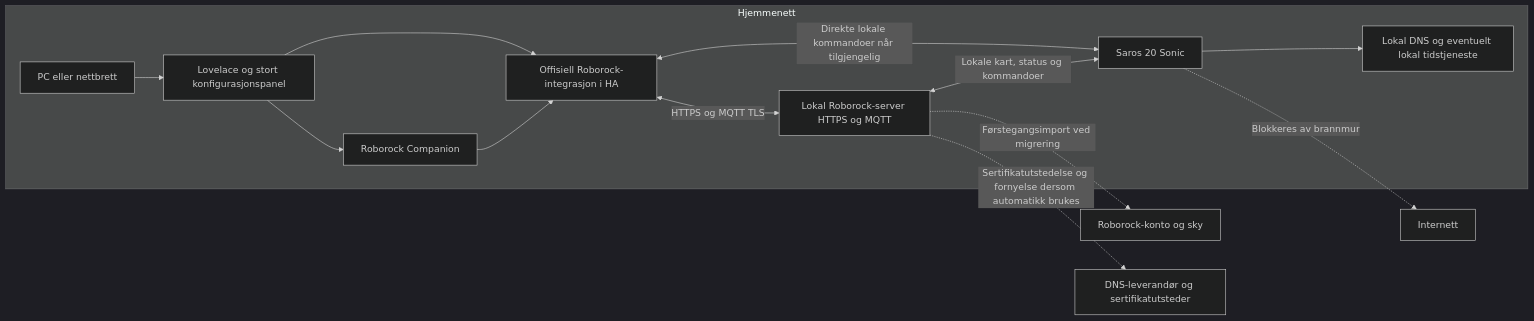
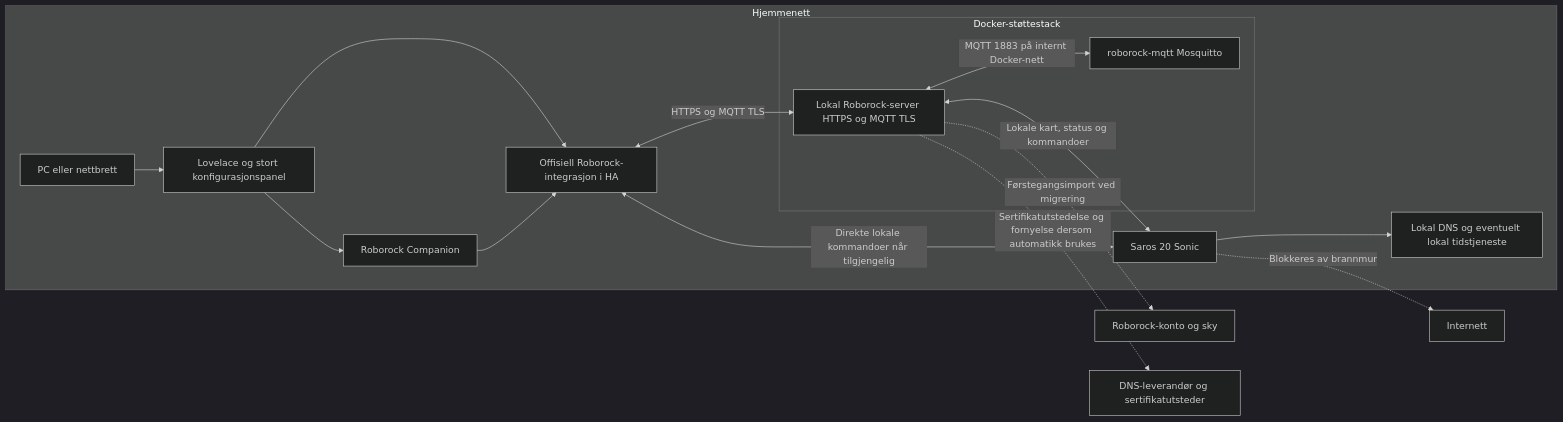
The diagram in docs/roborock-local-setup.nb.md (mvheimburg/hacs-components), drawn with Mermaid (dark theme) before and after one commit. The commit also changed other lines of this file and 6 other files, not shown here.

First line of the commit message:
feat: publish dedicated Roborock MQTT broker deployment

````diff
--- a/docs/roborock-local-setup.nb.md
+++ b/docs/roborock-local-setup.nb.md
@@ -26,23 +26,27 @@
 ```mermaid
 flowchart LR
   subgraph LAN[Hjemmenett]
     PC[PC eller nettbrett]
     UI[Lovelace og stort konfigurasjonspanel]
     C[Roborock Companion]
     HA[Offisiell Roborock-integrasjon i HA]
-    S[Lokal Roborock-server HTTPS og MQTT]
+    subgraph STACK[Docker-støttestack]
+      S[Lokal Roborock-server HTTPS og MQTT TLS]
+      M[roborock-mqtt Mosquitto]
+      S <-->|MQTT 1883 på internt Docker-nett| M
+    end
     R[Saros 20 Sonic]
     DNS[Lokal DNS og eventuelt lokal tidstjeneste]
     PC --> UI
     UI --> HA
     UI --> C
     C --> HA
     HA <-->|HTTPS og MQTT TLS| S
     HA <-->|Direkte lokale kommandoer når tilgjengelig| R
     S <-->|Lokale kart, status og kommandoer| R
     R --> DNS
   end
   S -.->|Førstegangsimport ved migrering| CLOUD[Roborock-konto og sky]
   S -.->|Sertifikatutstedelse og fornyelse dersom automatikk brukes| CA[DNS-leverandør og sertifikatutsteder]
   R -.->|Blokkeres av brannmur| WAN[Internett]
 ```
````
